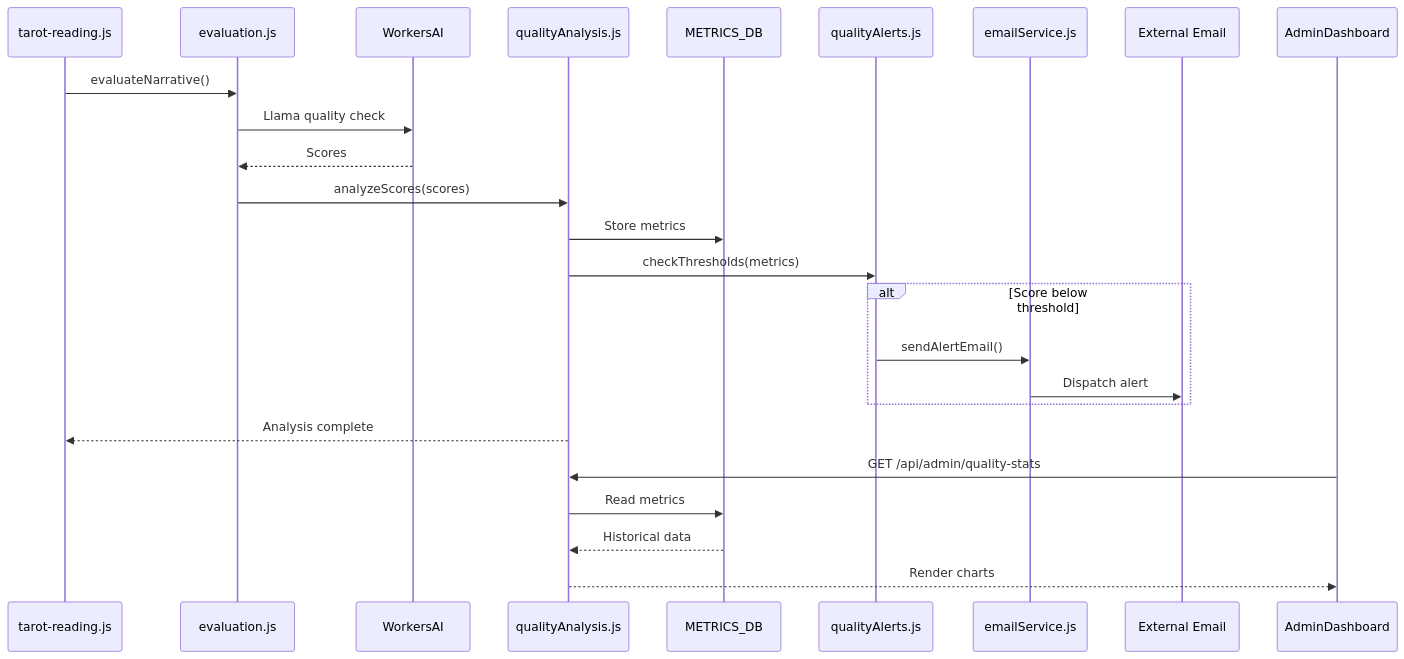
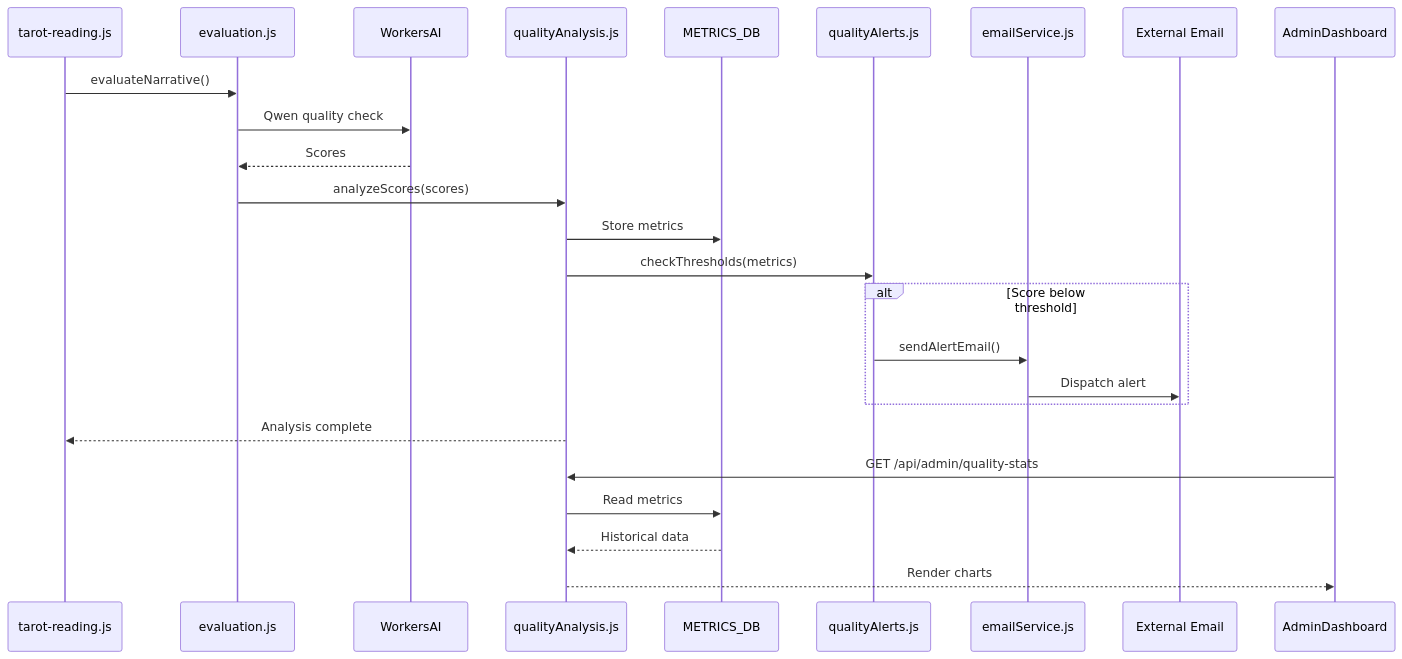
Diagram 11 of 19 in docs/complete-architecture-diagram.md (henryperkins/tarot), drawn with Mermaid before and after one commit. The commit also changed other lines of this file and 42 other files, not shown here.

````diff
--- a/docs/complete-architecture-diagram.md
+++ b/docs/complete-architecture-diagram.md
@@ -525,31 +549,31 @@
 ```mermaid
 sequenceDiagram
     participant ReadingAPI as tarot-reading.js
     participant Evaluation as evaluation.js
     participant WorkersAI
     participant QualityAnalysis as qualityAnalysis.js
     participant KV_Metrics as METRICS_DB
     participant QualityAlerts as qualityAlerts.js
     participant EmailService as emailService.js
     participant Email as External Email
     participant AdminDash as AdminDashboard
 
     ReadingAPI->>Evaluation: evaluateNarrative()
-    Evaluation->>WorkersAI: Llama quality check
+    Evaluation->>WorkersAI: Qwen quality check
     WorkersAI-->>Evaluation: Scores
     Evaluation->>QualityAnalysis: analyzeScores(scores)
     QualityAnalysis->>KV_Metrics: Store metrics
     QualityAnalysis->>QualityAlerts: checkThresholds(metrics)
 
     alt Score below threshold
         QualityAlerts->>EmailService: sendAlertEmail()
         EmailService->>Email: Dispatch alert
     end
 
     QualityAnalysis-->>ReadingAPI: Analysis complete
 
     AdminDash->>QualityAnalysis: GET /api/admin/quality-stats
     QualityAnalysis->>KV_Metrics: Read metrics
     KV_Metrics-->>QualityAnalysis: Historical data
     QualityAnalysis-->>AdminDash: Render charts
 ```
````
